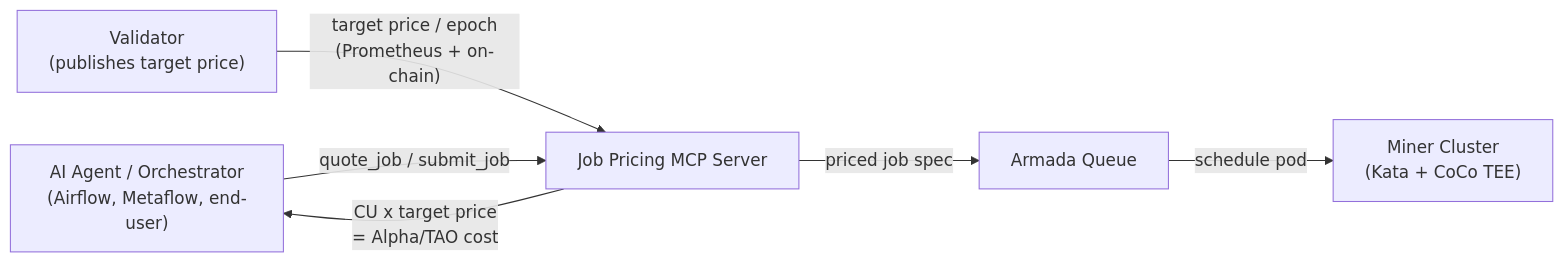
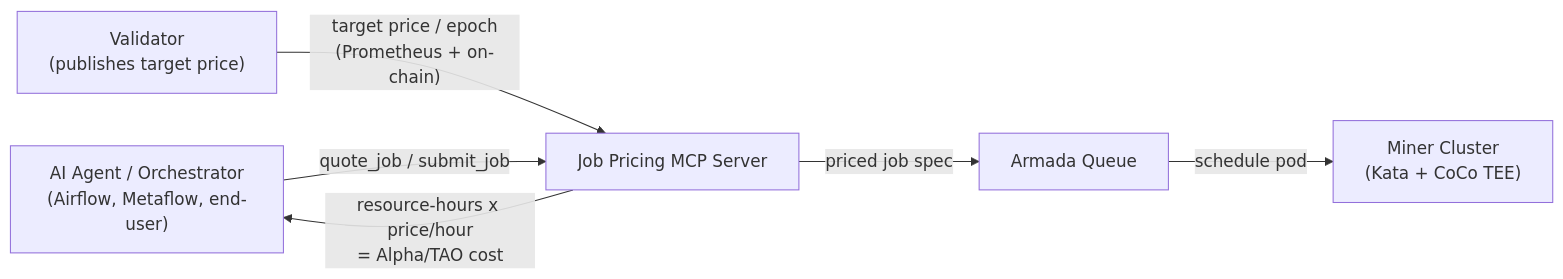
One commit to KubeTEE-AI/kubetee-subnet changed the sixth of 6 diagrams in README.md. Above: the diagram before and after it, drawn with Mermaid. The commit also changed other lines of this file and 2 other files, not shown here.

First line of the commit message:
docs(subnet): replace compute-unit (CU) pricing with resources price per hour

````diff
--- a/README.md
+++ b/README.md
@@ -612,14 +612,14 @@
 ```mermaid
 flowchart LR
     Agent["AI Agent / Orchestrator<br/>(Airflow, Metaflow, end-user)"]
     MCP["Job Pricing MCP Server"]
     Val["Validator<br/>(publishes target price)"]
     Arm["Armada Queue"]
     TEE["Miner Cluster<br/>(Kata + CoCo TEE)"]
 
     Val -->|"target price / epoch<br/>(Prometheus + on-chain)"| MCP
     Agent -->|"quote_job / submit_job"| MCP
-    MCP -->|"CU x target price<br/>= Alpha/TAO cost"| Agent
+    MCP -->|"resource-hours x price/hour<br/>= Alpha/TAO cost"| Agent
     MCP -->|"priced job spec"| Arm
     Arm -->|"schedule pod"| TEE
 ```
````
